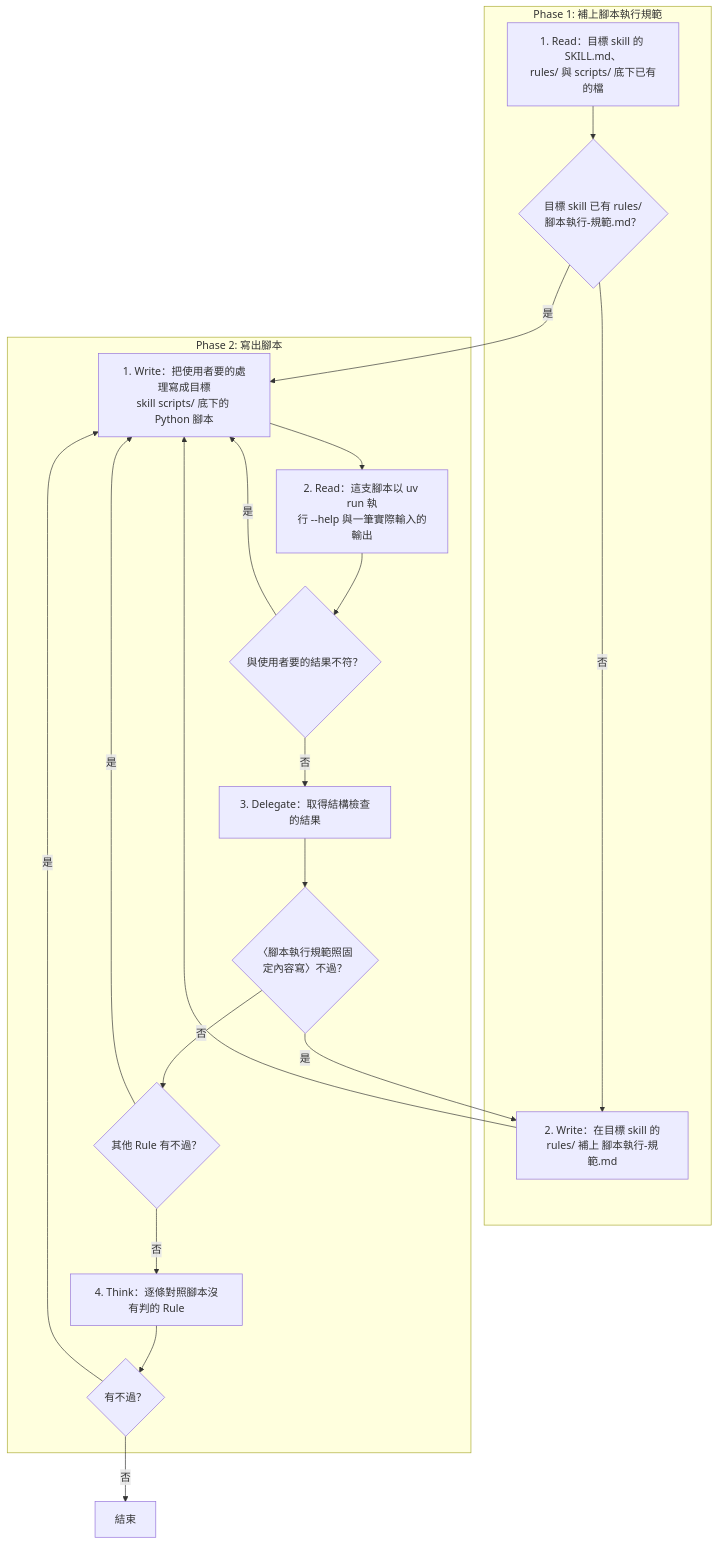
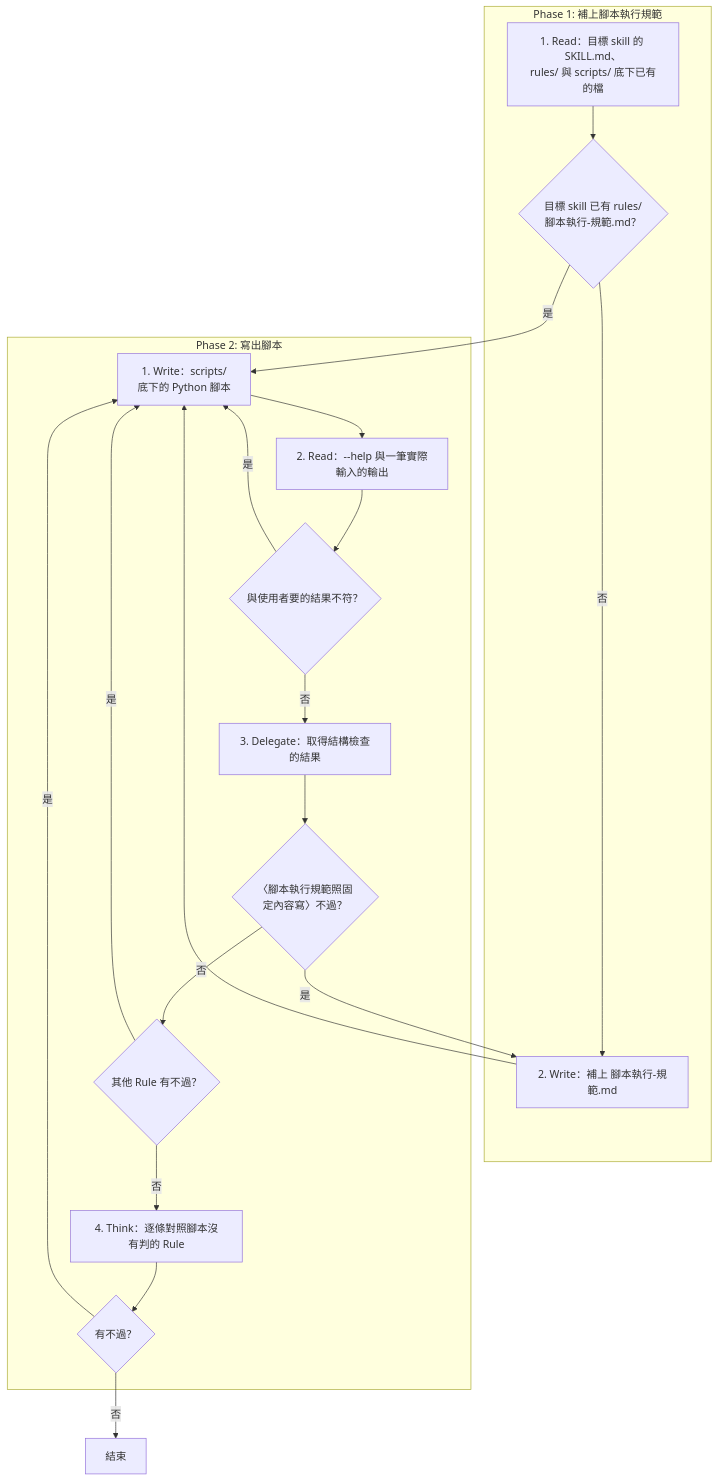
The diagram in .claude/skills/skill-form-script/SKILL.md (AI-x-BDD/BDGG-Dev-Skills), drawn with Mermaid before and after one commit. The commit also changed other lines of this file and 31 other files, not shown here.

````diff
--- a/.claude/skills/skill-form-script/SKILL.md
+++ b/.claude/skills/skill-form-script/SKILL.md
@@ -21,35 +21,35 @@
 ```mermaid
 flowchart TD
     subgraph P1["Phase 1: 補上腳本執行規範"]
         P1S1["1. Read：目標 skill 的 SKILL.md、<br/>rules/ 與 scripts/ 底下已有的檔"]
         G_P1S1_1{"目標 skill 已有 rules/<br/>腳本執行-規範.md？"}
-        P1S2["2. Write：在目標 skill 的<br/>rules/ 補上 腳本執行-規範.md"]
+        P1S2["2. Write：補上 腳本執行-規範.md"]
     end
     subgraph P2["Phase 2: 寫出腳本"]
-        P2S1["1. Write：把使用者要的處理寫成目標<br/>skill scripts/ 底下的 Python 腳本"]
-        P2S2["2. Read：這支腳本以 uv run 執<br/>行 --help 與一筆實際輸入的輸出"]
+        P2S1["1. Write：scripts/<br/>底下的 Python 腳本"]
+        P2S2["2. Read：--help 與一筆實際輸入的輸出"]
         G_P2S2_1{"與使用者要的結果不符？"}
         P2S3["3. Delegate：取得結構檢查的結果"]
         G_P2S3_1{"〈腳本執行規範照固<br/>定內容寫〉不過？"}
         G_P2S3_2{"其他 Rule 有不過？"}
         P2S4["4. Think：逐條對照腳本沒有判的 Rule"]
         G_P2S4_1{"有不過？"}
     end
     End["結束"]
     P1S1 --> G_P1S1_1
     G_P1S1_1 -->|是| P2S1
     G_P1S1_1 -->|否| P1S2
     P1S2 --> P2S1
     P2S1 --> P2S2
     P2S2 --> G_P2S2_1
     G_P2S2_1 -->|是| P2S1
     G_P2S2_1 -->|否| P2S3
     P2S3 --> G_P2S3_1
     G_P2S3_1 -->|是| P1S2
     G_P2S3_1 -->|否| G_P2S3_2
     G_P2S3_2 -->|是| P2S1
     G_P2S3_2 -->|否| P2S4
     P2S4 --> G_P2S4_1
     G_P2S4_1 -->|是| P2S1
     G_P2S4_1 -->|否| End
 ```
````
